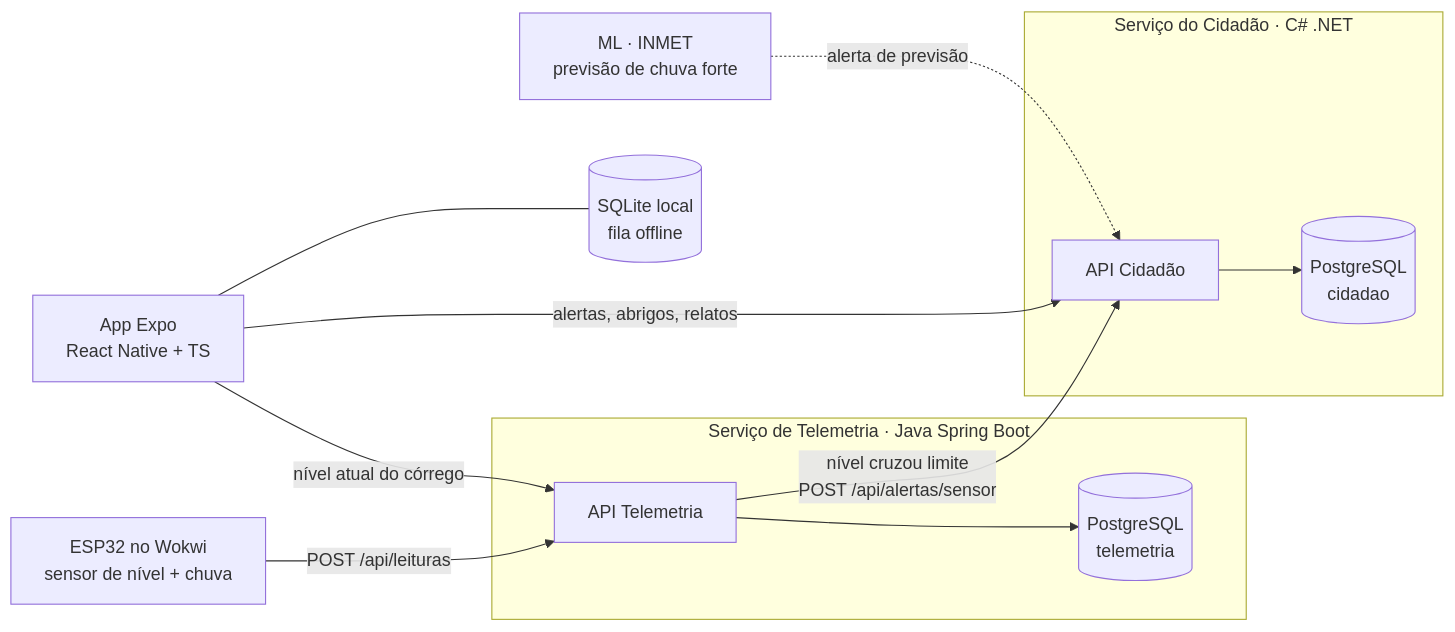
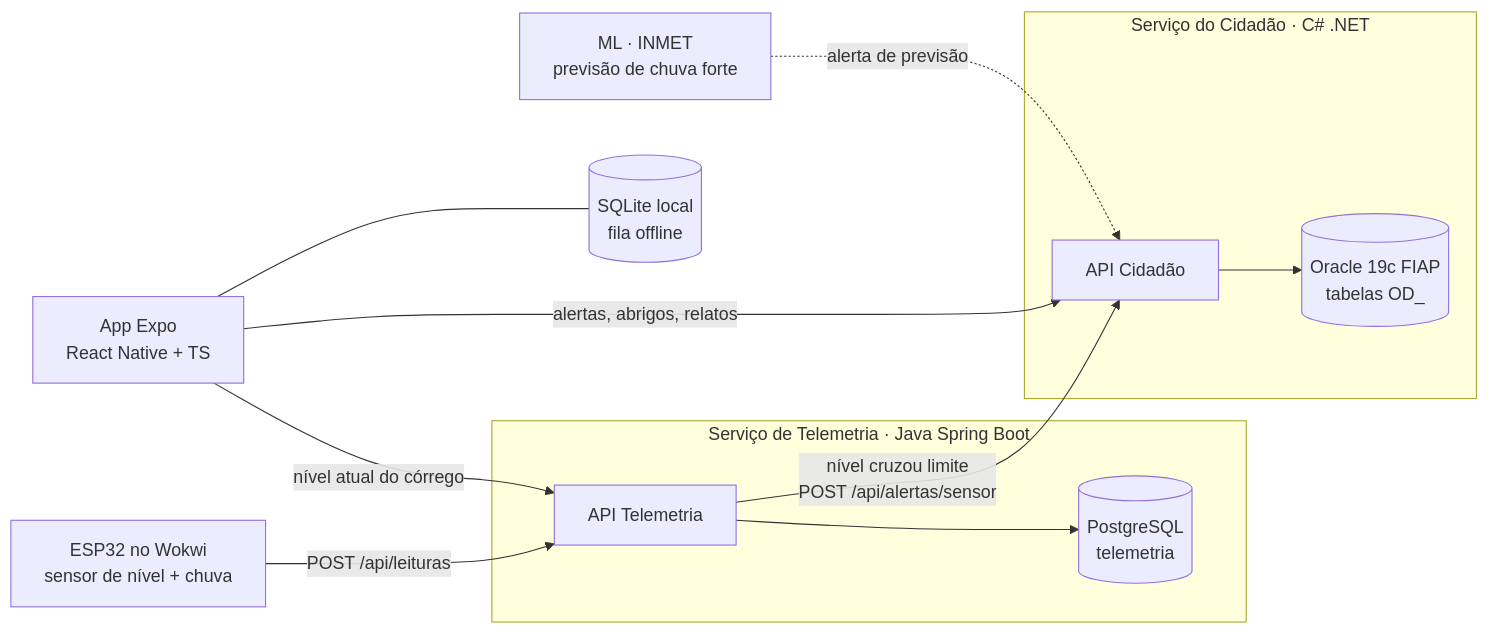
The diagram in README.md (PeOliveira18/Olho-dagua), drawn with Mermaid before and after one commit. The commit also changed other lines of this file and 22 other files, not shown here.

Commit message:
Migra o banco para o Oracle da FIAP

````diff
--- a/README.md
+++ b/README.md
@@ -21,15 +21,15 @@
 ```mermaid
 flowchart LR
     ESP[ESP32 no Wokwi<br/>sensor de nível + chuva] -- POST /api/leituras --> TEL
     subgraph SOA [Serviço de Telemetria · Java Spring Boot]
       TEL[API Telemetria] --> PGT[(PostgreSQL<br/>telemetria)]
     end
     TEL -- "nível cruzou limite<br/>POST /api/alertas/sensor" --> CID
     subgraph CS [Serviço do Cidadão · C# .NET]
-      CID[API Cidadão] --> PGC[(PostgreSQL<br/>cidadao)]
+      CID[API Cidadão] --> ORA[(Oracle 19c FIAP<br/>tabelas OD_)]
     end
     APP[App Expo<br/>React Native + TS] -- alertas, abrigos, relatos --> CID
     APP -- nível atual do córrego --> TEL
     APP --- SQL[(SQLite local<br/>fila offline)]
     ML[ML · INMET<br/>previsão de chuva forte] -. alerta de previsão .-> CID
 ```
````
